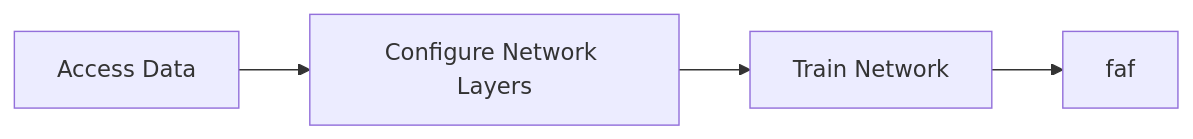
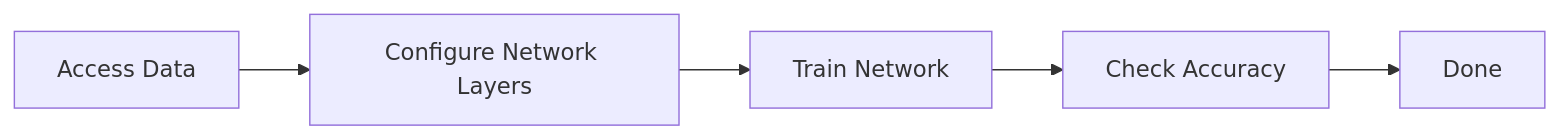
The diagram in matlab.md (ParisaMousavi/AutomotiveFunctionalSafetyCompliance), drawn with Mermaid before and after one commit. The commit also changed other lines of this file, not shown here.

````diff
--- a/matlab.md
+++ b/matlab.md
@@ -29,6 +29,7 @@
 ```mermaid
 graph LR
 A[Access Data] --> B[Configure Network Layers]
 B--> C[Train Network]
-C--> D[faf]
+C--> D[Check Accuracy]
+D--> E[Done]
 ```
````
